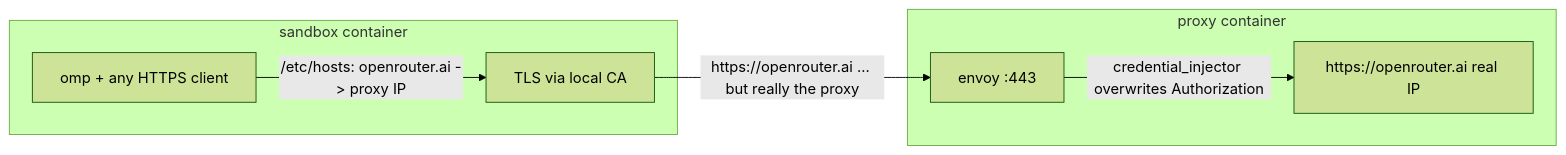
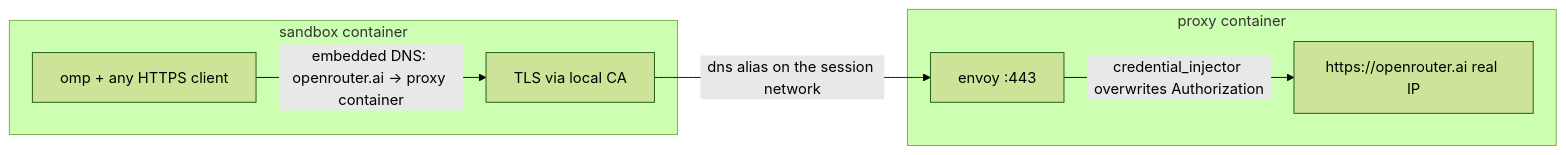
The diagram in omp-sandbox/README.md (gitseed/monorepo), drawn with Mermaid (forest theme) before and after one commit. The commit also changed other lines of this file and 7 other files, not shown here.

````diff
--- a/omp-sandbox/README.md
+++ b/omp-sandbox/README.md
@@ -7,10 +7,10 @@
 ```mermaid
 flowchart LR
     subgraph sandbox[sandbox container]
-        omp[omp + any HTTPS client] -->|"/etc/hosts: openrouter.ai -> proxy IP"| t[TLS via local CA]
+        omp[omp + any HTTPS client] -->|"embedded DNS: openrouter.ai -> proxy container"| t[TLS via local CA]
     end
-    t -->|https://openrouter.ai ... but really the proxy| envoy
+    t -->|"dns alias on the session network"| envoy
     subgraph proxy[proxy container]
         envoy[envoy :443] -->|"credential_injector overwrites Authorization"| real[https://openrouter.ai real IP]
     end
 ```
````
